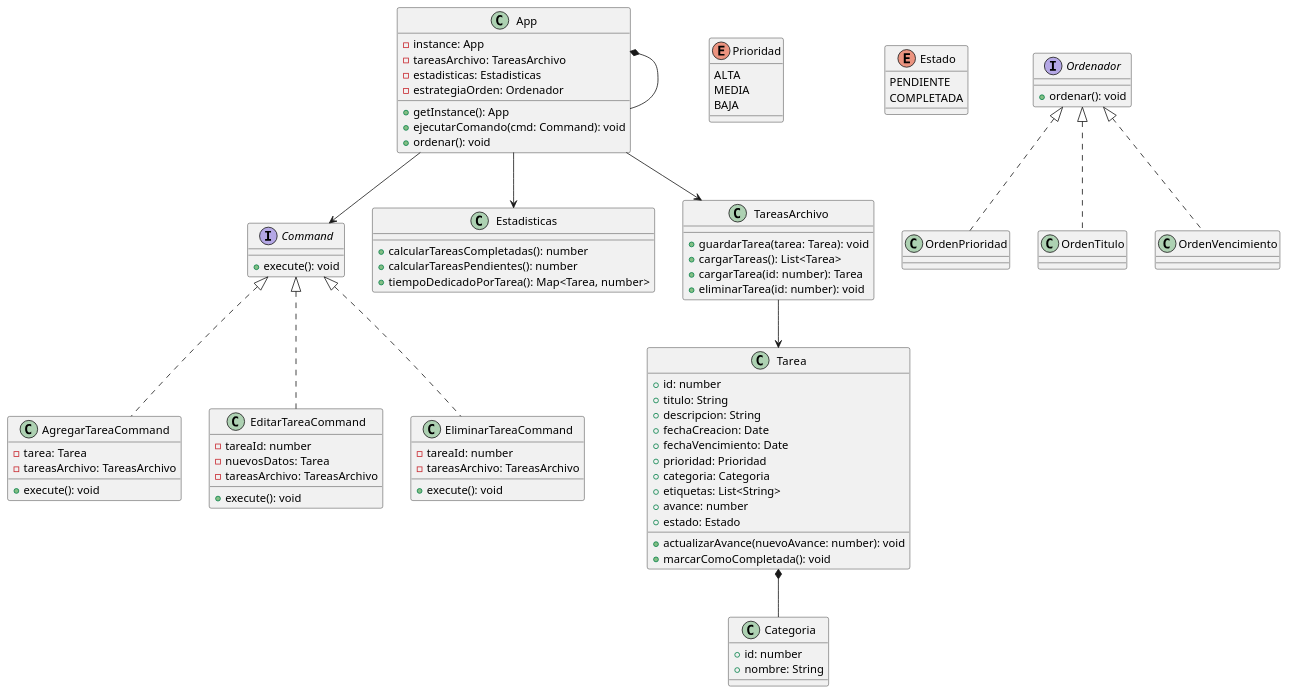
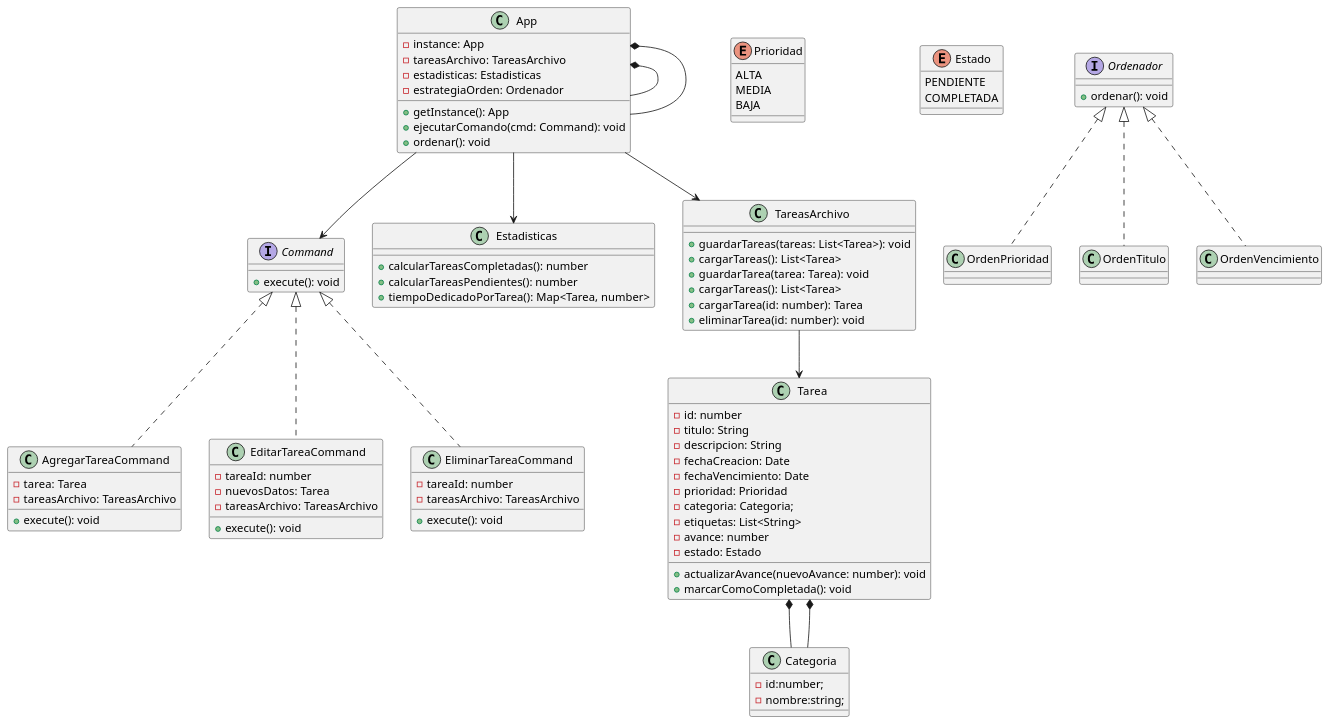
One commit to jonimarqu/utn_todo-list changed the diagram in docs/diagramaClases.puml. Above: the diagram before and after it, drawn with PlantUML. The commit also changed 2 other files, not shown here.

Commit message:
agrego setters categoria y modifico atributos a privado en puml

```diff
--- a/docs/diagramaClases.puml
+++ b/docs/diagramaClases.puml
@@ -1,114 +1,121 @@
 @startuml ToDo
 
 class App {
 	-instance: App
 	-tareasArchivo: TareasArchivo
 	-estadisticas: Estadisticas
 	-estrategiaOrden: Ordenador
 
 	+getInstance(): App
 	+ejecutarComando(cmd: Command): void
 	+ordenar(): void
 }
 
 interface Command {
 	+execute(): void
 }
 
 class AgregarTareaCommand {
 	-tarea: Tarea
 	-tareasArchivo: TareasArchivo
 	+execute(): void
 }
 
 class EditarTareaCommand {
 	-tareaId: number
 	-nuevosDatos: Tarea
 	-tareasArchivo: TareasArchivo
 	+execute(): void
 }
 
 class EliminarTareaCommand {
 	-tareaId: number
 	-tareasArchivo: TareasArchivo
 	+execute(): void
 }
 
 class Tarea {
-	+id: number
-	+titulo: String
-	+descripcion: String
-	+fechaCreacion: Date
-	+fechaVencimiento: Date
-	+prioridad: Prioridad
-	+categoria: Categoria
-	+etiquetas: List<String>
-	+avance: number
-	+estado: Estado
+	-id: number
+	-titulo: String
+	-descripcion: String
+	-fechaCreacion: Date
+	-fechaVencimiento: Date
+	-prioridad: Prioridad
+	-categoria: Categoria;
+	-etiquetas: List<String>
+	-avance: number
+	-estado: Estado
 
 	+actualizarAvance(nuevoAvance: number): void
 	+marcarComoCompletada(): void
 }
 
 enum Prioridad {
 	ALTA
-	MEDIA
-	BAJA
-}
+		MEDIA
+		BAJA
+	}
 
-enum Estado {
-	PENDIENTE
-	COMPLETADA
-}
+	enum Estado {
+		PENDIENTE
+		COMPLETADA
+	}
+	class Categoria{
+		-id:number;
+		-nombre:string;
+	}
+	class Estadisticas {
+		+calcularTareasCompletadas(): number
+		+calcularTareasPendientes(): number
+		+tiempoDedicadoPorTarea(): Map<Tarea, number>
+	}
 
-class Categoria {
-	+id: number
-	+nombre: String
-}
+	class TareasArchivo {
+		+guardarTareas(tareas: List<Tarea>): void
+		+cargarTareas(): List<Tarea>
+	}
 
-class Estadisticas {
-	+calcularTareasCompletadas(): number
-	+calcularTareasPendientes(): number
-	+tiempoDedicadoPorTarea(): Map<Tarea, number>
-}
+	'uso
+	App --> Estadisticas
+	App --> TareasArchivo
+	App --> Command
+	TareasArchivo --> Tarea
 
 class TareasArchivo {
 	+guardarTarea(tarea: Tarea): void
 	+cargarTareas(): List<Tarea>
 	+cargarTarea(id: number): Tarea
 	+eliminarTarea(id: number): void
 }
 
 interface Ordenador {
 	+ordenar(): void
 }
 
 class OrdenPrioridad {
 }
 
 class OrdenTitulo{
 }
 
 class OrdenVencimiento{
 }
 
-'uso
-App --> Estadisticas
-App --> TareasArchivo
-App --> Command
-TareasArchivo --> Tarea
+	'composition
+	App *-- App
+	Tarea *-- Categoria
 
 'herencia
 Command <|.. AgregarTareaCommand
 Command <|.. EditarTareaCommand
 Command <|.. EliminarTareaCommand
 
 Ordenador <|.. OrdenPrioridad
 Ordenador <|.. OrdenTitulo
 Ordenador <|.. OrdenVencimiento
 
 'composition
 App *-- App
 Tarea *-- Categoria
 
 @enduml
```
